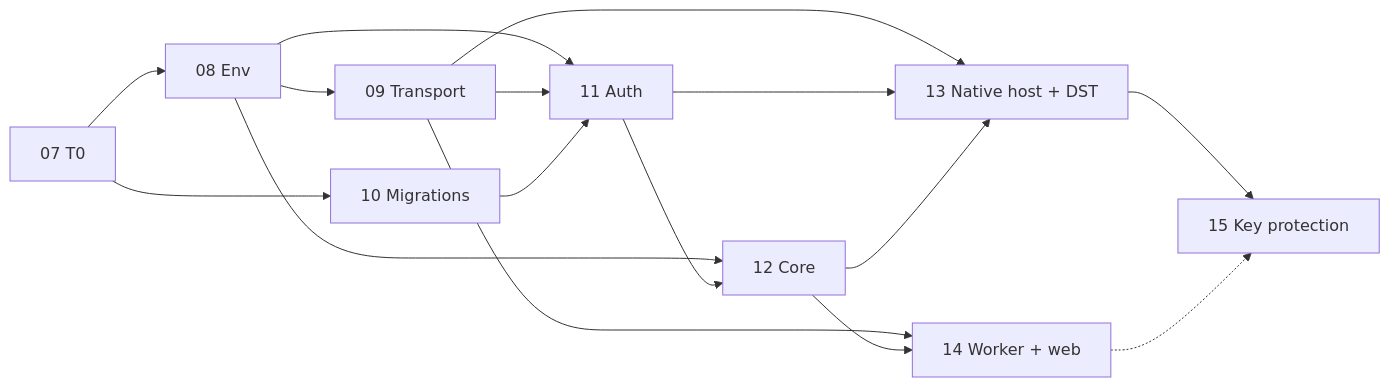
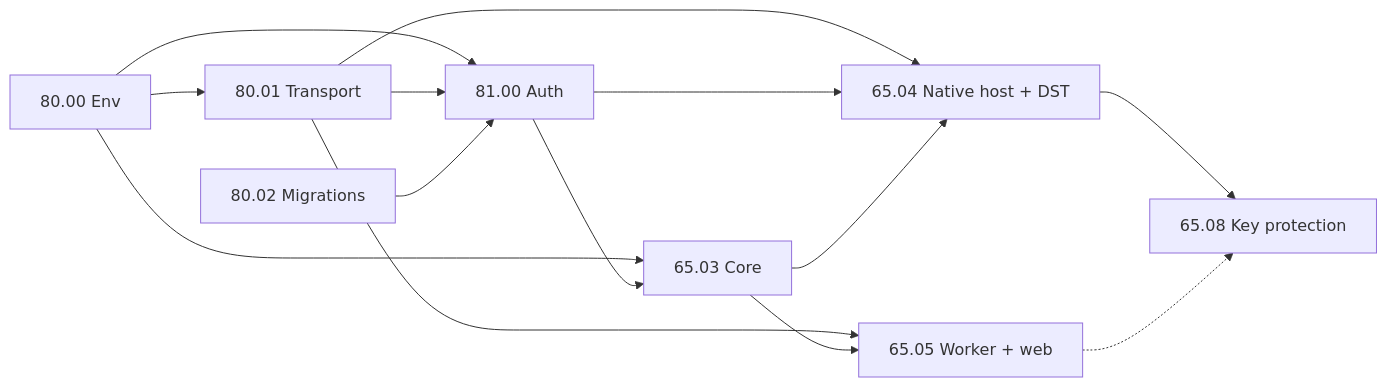
The sixth of 7 diagrams in specifications/65-agent-rpc-serving-system/agent-rpc-architecture.md (ewe-studios/ewe_platform), drawn with Mermaid before and after one commit. The commit also changed other lines of this file and 92 other files, not shown here.

````diff
--- a/specifications/65-agent-rpc-serving-system/agent-rpc-architecture.md
+++ b/specifications/65-agent-rpc-serving-system/agent-rpc-architecture.md
@@ -494,18 +497,16 @@
 ```mermaid
 flowchart LR
-    F07[07 T0] --> F08[08 Env]
-    F07 --> F10[10 Migrations]
-    F08 --> F09[09 Transport]
-    F08 --> F11[11 Auth]
-    F09 --> F11
-    F10 --> F11
-    F08 --> F12[12 Core]
-    F11 --> F12
-    F09 --> F13[13 Native host + DST]
-    F11 --> F13
-    F12 --> F13
-    F09 --> F14[14 Worker + web]
-    F12 --> F14
-    F13 --> F15[15 Key protection]
-    F14 -.-> F15
+    N80_00[80.00 Env] --> N80_01[80.01 Transport]
+    N80_00 --> N81_00[81.00 Auth]
+    N80_01 --> N81_00
+    N80_02[80.02 Migrations] --> N81_00
+    N80_00 --> N03[65.03 Core]
+    N81_00 --> N03
+    N80_01 --> N04[65.04 Native host + DST]
+    N81_00 --> N04
+    N03 --> N04
+    N80_01 --> N05[65.05 Worker + web]
+    N03 --> N05
+    N04 --> N08[65.08 Key protection]
+    N05 -.-> N08
 ```
````
